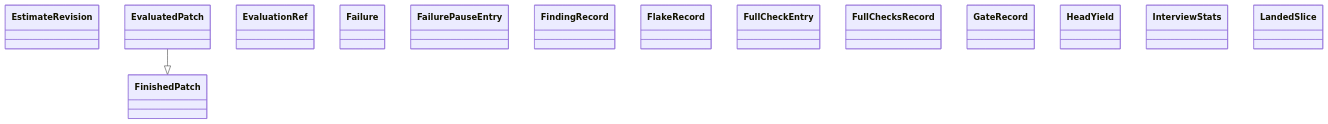
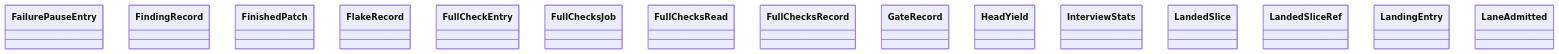
Before and after one commit to GonzaloZevallos/agentic-system: the diagram in docs/architecture/generated/classes-process-domain-state-5.md, drawn with Mermaid. The commit also changed other lines of this file and 10 other files, not shown here.

First line of the commit message:
Test the full_checks excerpt rules and register the reducer in the guards and generated docs

````diff
--- a/docs/architecture/generated/classes-process-domain-state-5.md
+++ b/docs/architecture/generated/classes-process-domain-state-5.md
@@ -28,18 +28,18 @@
 ```mermaid
 classDiagram
-    class task__EstimateRevision["EstimateRevision"]
-    class task__EvaluatedPatch["EvaluatedPatch"]
-    class task__EvaluationRef["EvaluationRef"]
-    class task__Failure["Failure"]
     class task__FailurePauseEntry["FailurePauseEntry"]
     class task__FindingRecord["FindingRecord"]
     class task__FinishedPatch["FinishedPatch"]
     class task__FlakeRecord["FlakeRecord"]
     class task__FullCheckEntry["FullCheckEntry"]
+    class task__FullChecksJob["FullChecksJob"]
+    class task__FullChecksRead["FullChecksRead"]
     class task__FullChecksRecord["FullChecksRecord"]
     class task__GateRecord["GateRecord"]
     class task__HeadYield["HeadYield"]
     class task__InterviewStats["InterviewStats"]
     class task__LandedSlice["LandedSlice"]
-    task__EvaluatedPatch --|> task__FinishedPatch
+    class task__LandedSliceRef["LandedSliceRef"]
+    class task__LandingEntry["LandingEntry"]
+    class task__LaneAdmitted["LaneAdmitted"]
 ```
````
